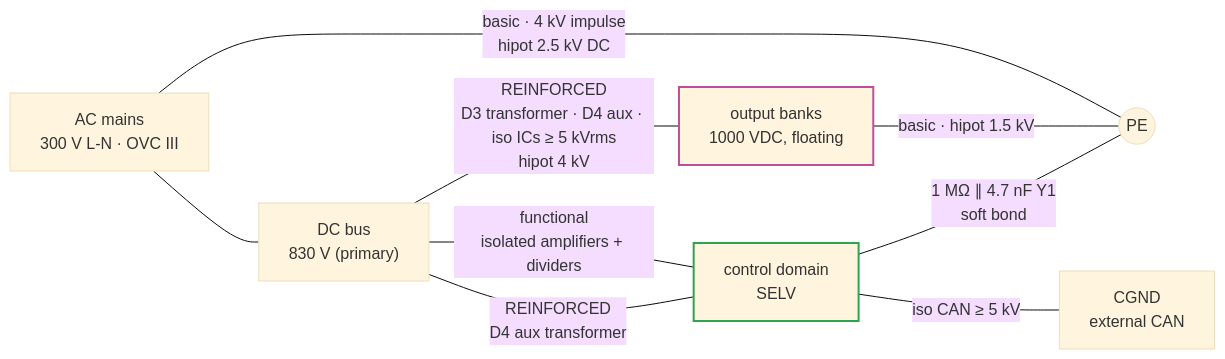
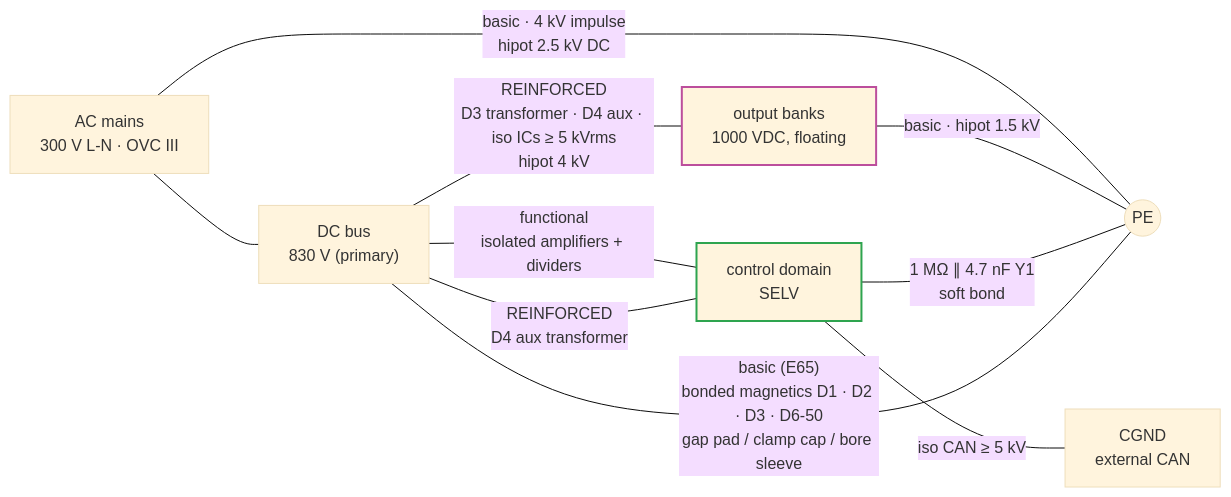
One commit to vectivolt/DC-Modules changed the diagram in docs/insulation-coordination.md. Above: the diagram before and after it, drawn with Mermaid (base theme). The commit also changed other lines of this file and 26 other files, not shown here.

````diff
--- a/docs/insulation-coordination.md
+++ b/docs/insulation-coordination.md
@@ -33,13 +33,14 @@
 ```mermaid
 flowchart LR
   AC["AC mains<br/>300 V L-N · OVC III"] -- "basic · 4 kV impulse<br/>hipot 2.5 kV DC" --- PE(("PE"))
   AC --- BUS["DC bus<br/>830 V (primary)"]
   BUS -- "REINFORCED<br/>D3 transformer · D4 aux · iso ICs ≥ 5 kVrms<br/>hipot 4 kV" --- OUT["output banks<br/>1000 VDC, floating"]
   OUT -- "basic · hipot 1.5 kV" --- PE
   BUS -- "functional<br/>isolated amplifiers + dividers" --- CTRL["control domain<br/>SELV"]
   BUS -- "REINFORCED<br/>D4 aux transformer" --- CTRL
   CTRL -- "1 MΩ ∥ 4.7 nF Y1<br/>soft bond" --- PE
   CTRL -- "iso CAN ≥ 5 kV" --- CAN["CGND<br/>external CAN"]
+  BUS -- "basic (E65)<br/>bonded magnetics D1 · D2 · D3 · D6-50<br/>gap pad / clamp cap / bore sleeve" --- PE
   style OUT stroke:#bc4e9c,stroke-width:2px
   style CTRL stroke:#2ea44f,stroke-width:2px
 ```
````
